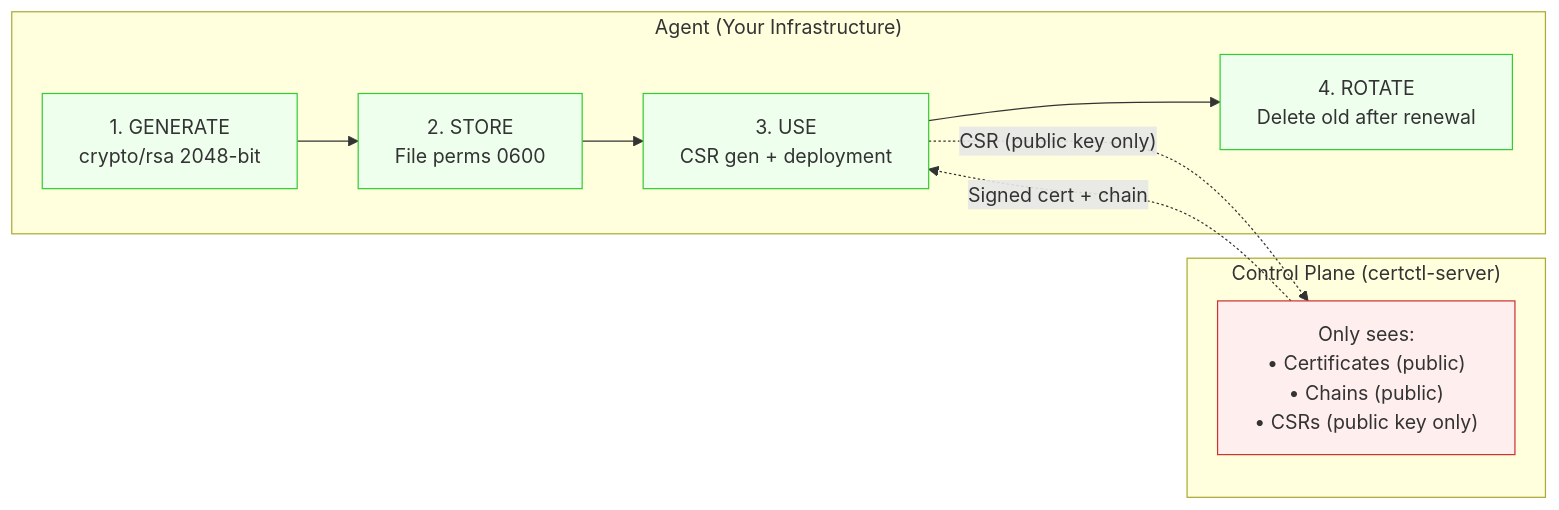
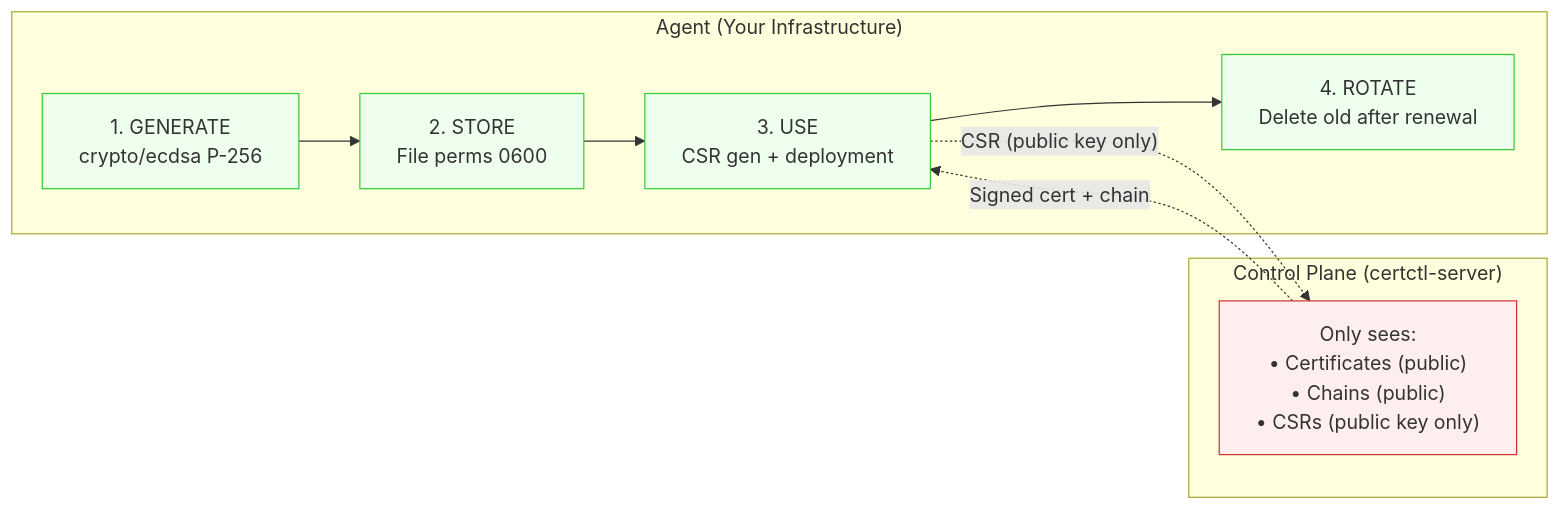
Before and after one commit to certctl-io/certctl: the ninth of 11 diagrams in docs/architecture.md, drawn with Mermaid. The commit also changed other lines of this file and 4 other files, not shown here.

````diff
--- a/docs/architecture.md
+++ b/docs/architecture.md
@@ -438,23 +440,23 @@
 ```mermaid
 flowchart LR
     subgraph "Agent (Your Infrastructure)"
-        GEN["1. GENERATE\ncrypto/rsa 2048-bit"]
+        GEN["1. GENERATE\ncrypto/ecdsa P-256"]
         STORE["2. STORE\nFile perms 0600"]
         USE["3. USE\nCSR gen + deployment"]
         ROT["4. ROTATE\nDelete old after renewal"]
     end
 
     subgraph "Control Plane (certctl-server)"
         CP["Only sees:\n• Certificates (public)\n• Chains (public)\n• CSRs (public key only)"]
     end
 
     GEN --> STORE --> USE --> ROT
     USE -.->|"CSR (public key only)"| CP
     CP -.->|"Signed cert + chain"| USE
 
     style CP fill:#fee,stroke:#c33
     style GEN fill:#efe,stroke:#3c3
     style STORE fill:#efe,stroke:#3c3
     style USE fill:#efe,stroke:#3c3
     style ROT fill:#efe,stroke:#3c3
 ```
````
